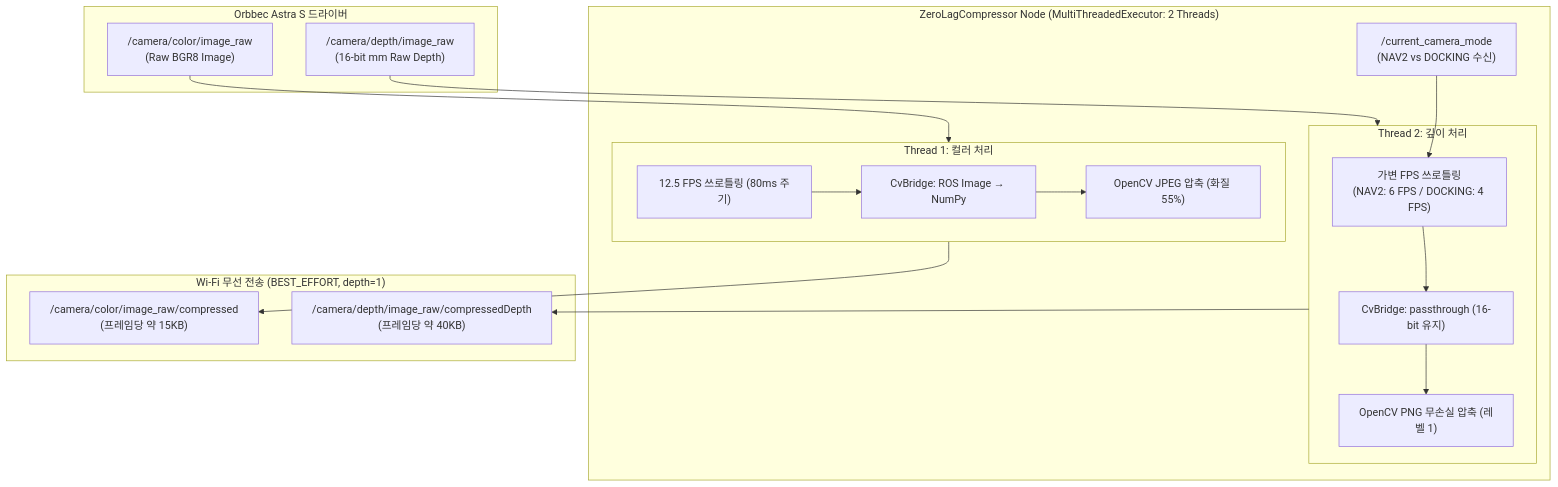
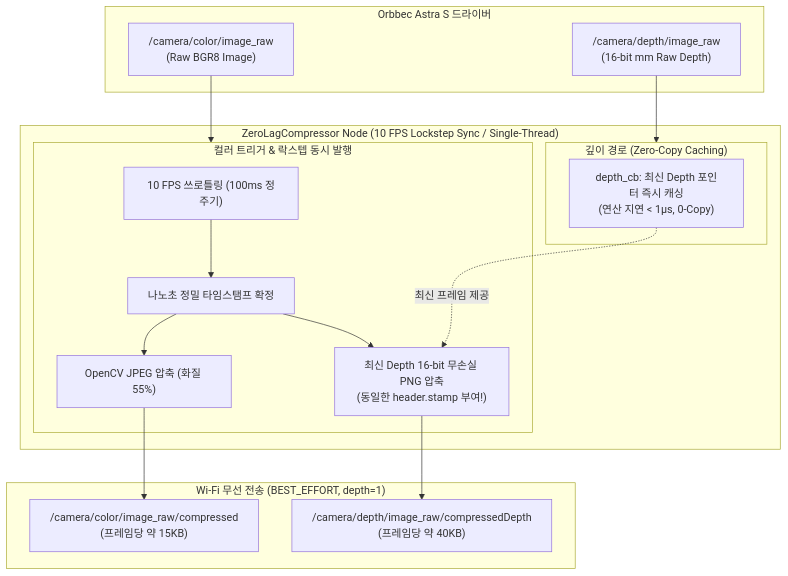
Before and after one commit to shouttt1320/Dapier_project_visaul_slam: the diagram in astra_compressor_guide.md, drawn with Mermaid. The commit also changed other lines of this file and 4 other files, not shown here.

````diff
--- a/astra_compressor_guide.md
+++ b/astra_compressor_guide.md
@@ -35,33 +36,36 @@
 ```mermaid
 flowchart TD
     subgraph Camera ["Orbbec Astra S 드라이버"]
-        RawColor["/camera/color/image_raw\n(Raw BGR8 Image)"]
-        RawDepth["/camera/depth/image_raw\n(16-bit mm Raw Depth)"]
+        RawColor["/camera/color/image_raw<br/>(Raw BGR8 Image)"]
+        RawDepth["/camera/depth/image_raw<br/>(16-bit mm Raw Depth)"]
     end
 
-    subgraph Node ["ZeroLagCompressor Node (MultiThreadedExecutor: 2 Threads)"]
-        subgraph Th1 ["Thread 1: 컬러 처리"]
-            C_Throttle["12.5 FPS 쓰로틀링 (80ms 주기)"]
-            C_Bridge["CvBridge: ROS Image → NumPy"]
-            C_Encode["OpenCV JPEG 압축 (화질 55%)"]
-            C_Throttle --> C_Bridge --> C_Encode
+    subgraph Node ["ZeroLagCompressor Node (10 FPS Lockstep Sync / Single-Thread)"]
+        subgraph DepthPath ["깊이 경로 (Zero-Copy Caching)"]
+            D_Store["depth_cb: 최신 Depth 포인터 즉시 캐싱<br/>(연산 지연 < 1µs, 0-Copy)"]
         end
 
-        subgraph Th2 ["Thread 2: 깊이 처리"]
-            D_Throttle["가변 FPS 쓰로틀링\n(NAV2: 6 FPS / DOCKING: 4 FPS)"]
-            D_Bridge["CvBridge: passthrough (16-bit 유지)"]
-            D_Encode["OpenCV PNG 무손실 압축 (레벨 1)"]
-            D_Throttle --> D_Bridge --> D_Encode
+        subgraph ColorPath ["컬러 트리거 & 락스텝 동시 발행"]
+            C_Throttle["10 FPS 쓰로틀링 (100ms 정주기)"]
+            C_Stamp["나노초 정밀 타임스탬프 확정"]
+            C_Encode["OpenCV JPEG 압축 (화질 55%)"]
+            D_Encode["최신 Depth 16-bit 무손실 PNG 압축<br/>(동일한 header.stamp 부여!)"]
+            
+            C_Throttle --> C_Stamp
+            C_Stamp --> C_Encode
+            C_Stamp --> D_Encode
         end
 
-        ModeSub["/current_camera_mode\n(NAV2 vs DOCKING 수신)"] --> D_Throttle
+        D_Store -.->|최신 프레임 제공| D_Encode
     end
 
     subgraph Output ["Wi-Fi 무선 전송 (BEST_EFFORT, depth=1)"]
-        PubColor["/camera/color/image_raw/compressed\n(프레임당 약 15KB)"]
-        PubDepth["/camera/depth/image_raw/compressedDepth\n(프레임당 약 40KB)"]
+        PubColor["/camera/color/image_raw/compressed<br/>(프레임당 약 15KB)"]
+        PubDepth["/camera/depth/image_raw/compressedDepth<br/>(프레임당 약 40KB)"]
     end
 
-    RawColor --> Th1 --> PubColor
-    RawDepth --> Th2 --> PubDepth
+    RawDepth --> DepthPath
+    RawColor --> ColorPath
+    C_Encode --> PubColor
+    D_Encode --> PubDepth
 ```
````
